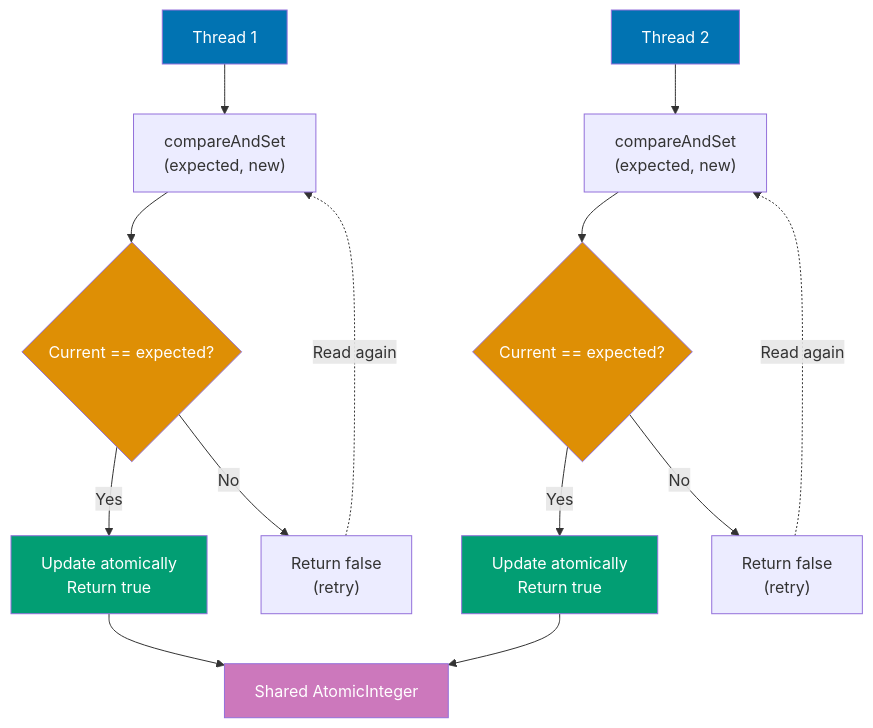
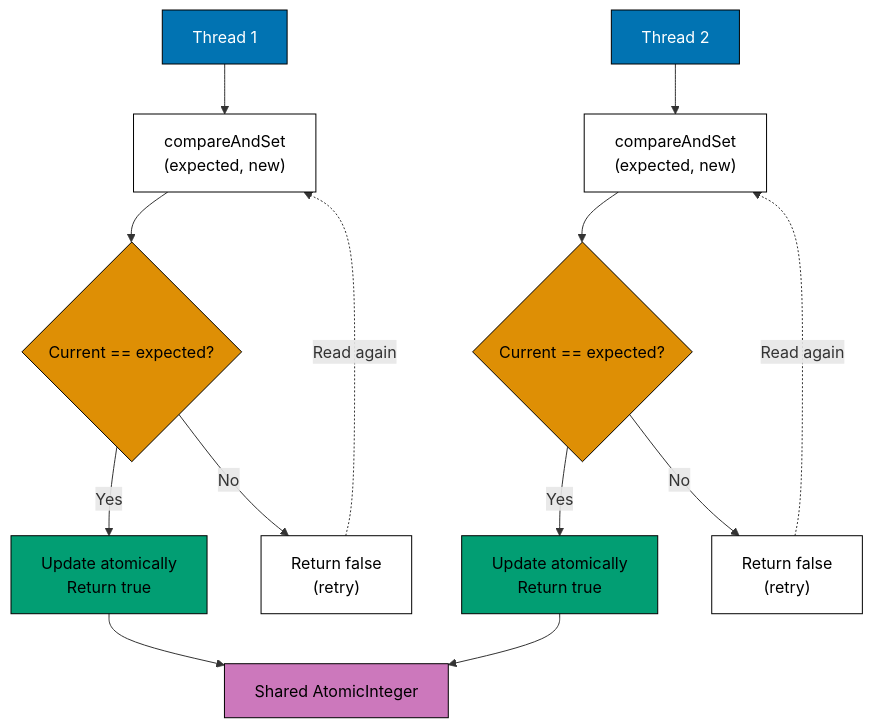
One commit to wahidyankf/ose-public changed the third of 13 diagrams in apps/ayokoding-www/content/en/learn/legacy/software-engineering/programming-languages/java/by-example/advanced.md. Above: the diagram before and after it, drawn with Mermaid. The commit also changed other lines of this file and 112 other files, not shown here.

First line of the commit message:
fix(mermaid): bring the legacy programming-languages diagrams onto the accessible palette

````diff
--- a/apps/ayokoding-www/content/en/learn/legacy/software-engineering/programming-languages/java/by-example/advanced.md
+++ b/apps/ayokoding-www/content/en/learn/legacy/software-engineering/programming-languages/java/by-example/advanced.md
@@ -178,28 +189,35 @@
 ```mermaid
 %% Color Palette: Blue #0173B2, Orange #DE8F05, Teal #029E73, Purple #CC78BC, Brown #CA9161
 graph TD
+    accTitle: Example 66: Atomic Variables
+    accDescr: Graph with 12 nodes and 14 connections. Nodes: Thread 1, compareAndSet (expected, new), Thread 2, compareAndSet (expected, new), Check1, expected, Check2, Update atomically Return true, Return false (retry), Update atomically Return true, Return false (retry), Shared AtomicInteger. Connections: Thread 1 to compareAndSet (expected, new), Thread 2 to compareAndSet (expected, new), compareAndSet (expected, new) to Check1, Check1 to expected, compareAndSet (expected, new) to Check2, Check2 to expected, Check1 to Update atomically Return true (Yes), Check1 to Return false (retry) (No), Check2 to Update atomically Return true (Yes), Check2 to Return false (retry) (No), Update atomically Return true to Shared AtomicInteger, Update atomically Return true to Shared AtomicInteger, and 2 more.
     Thread1["Thread 1"] --> CAS1["compareAndSet<br/>(expected, new)"]
     Thread2["Thread 2"] --> CAS2["compareAndSet<br/>(expected, new)"]
 
     CAS1 --> Check1{"Current == expected?"}
     CAS2 --> Check2{"Current == expected?"}
 
     Check1 -->|Yes| Update1["Update atomically<br/>Return true"]
     Check1 -->|No| Retry1["Return false<br/>(retry)"]
 
     Check2 -->|Yes| Update2["Update atomically<br/>Return true"]
     Check2 -->|No| Retry2["Return false<br/>(retry)"]
 
     Update1 --> Value["Shared AtomicInteger"]
     Update2 --> Value
     Retry1 -.->|Read again| CAS1
     Retry2 -.->|Read again| CAS2
 
-    style Thread1 fill:#0173B2,color:#fff
-    style Thread2 fill:#0173B2,color:#fff
-    style Check1 fill:#DE8F05,color:#fff
-    style Check2 fill:#DE8F05,color:#fff
-    style Update1 fill:#029E73,color:#fff
-    style Update2 fill:#029E73,color:#fff
-    style Value fill:#CC78BC,color:#fff
+    classDef pal-0173B2 fill:#0173B2,stroke:#000000,color:#FFFFFF
+    class Thread1 pal-0173B2
+    class Thread2 pal-0173B2
+    classDef pal-DE8F05 fill:#DE8F05,stroke:#000000,color:#000000
+    class Check1 pal-DE8F05
+    class Check2 pal-DE8F05
+    classDef pal-029E73 fill:#029E73,stroke:#000000,color:#000000
+    class Update1 pal-029E73
+    class Update2 pal-029E73
+    classDef pal-CC78BC fill:#CC78BC,stroke:#000000,color:#000000
+    class Value pal-CC78BC
+    classDef default fill:#FFFFFF,stroke:#000000,color:#000000
 ```
````
